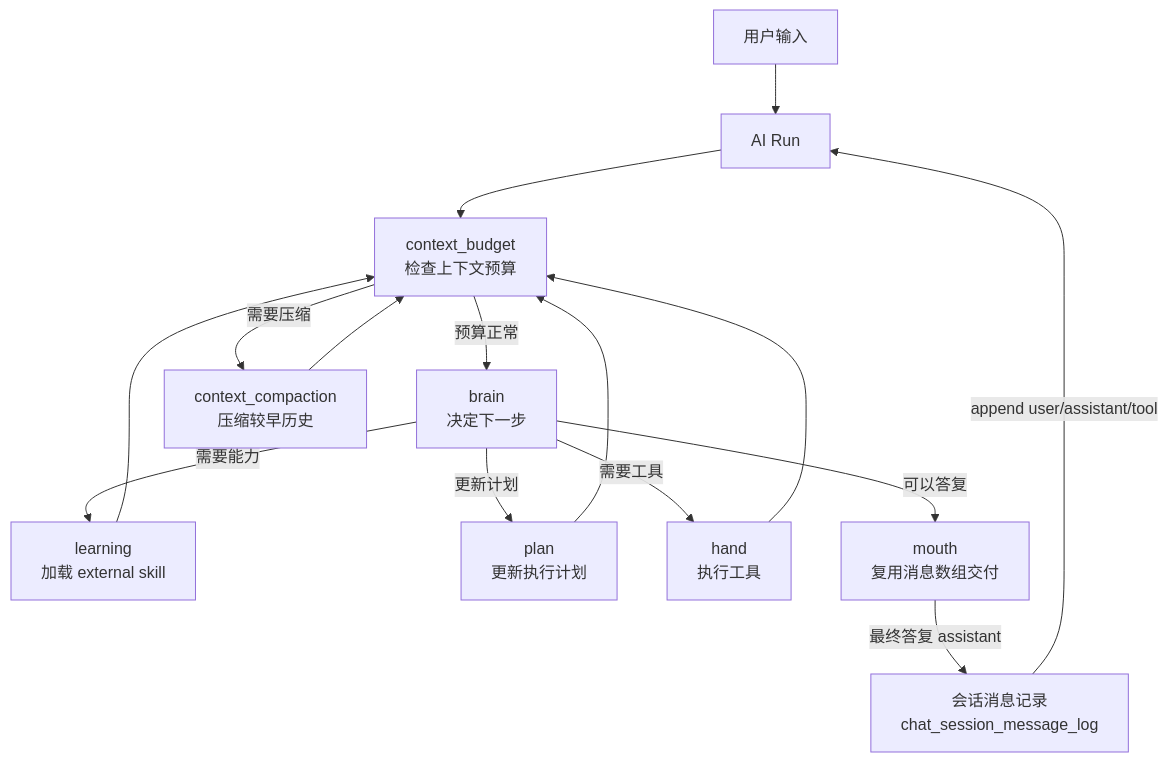
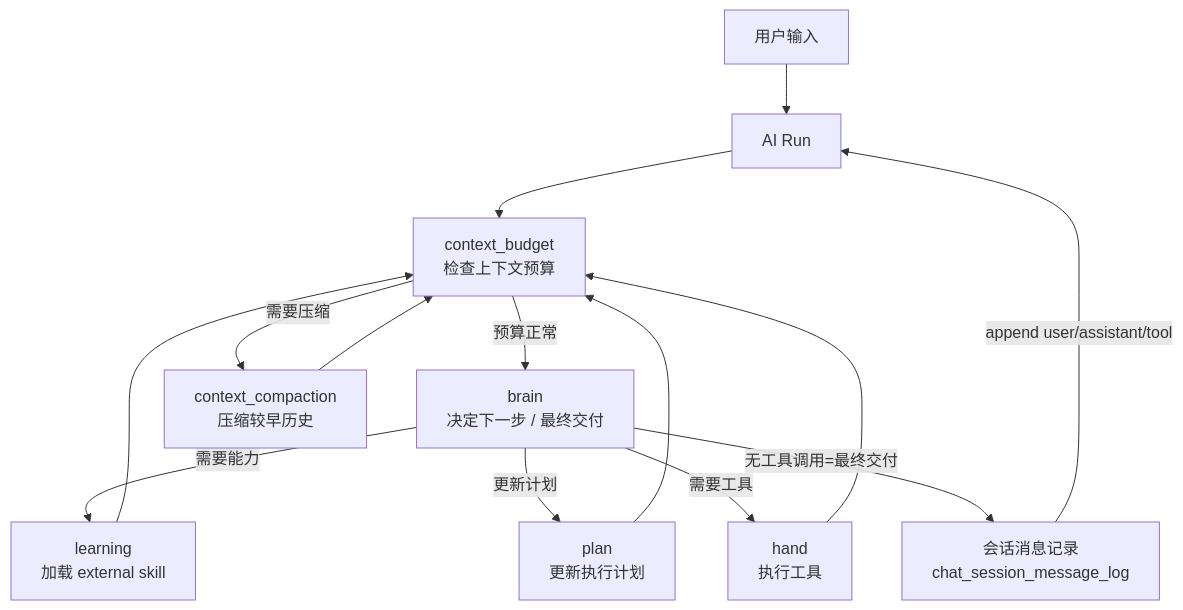
Before and after one commit to Yoan98/Ncurator: the diagram in doc/architecture.md, drawn with Mermaid. The commit also changed other lines of this file and 93 other files, not shown here.

````diff
--- a/doc/architecture.md
+++ b/doc/architecture.md
@@ -98,28 +98,26 @@
 ```mermaid
 flowchart TD
     U["用户输入"]
     T["会话消息记录\nchat_session_message_log"]
     R["AI Run"]
     B["context_budget\n检查上下文预算"]
-    C["brain\n决定下一步"]
+    C["brain\n决定下一步 / 最终交付"]
     L["learning\n加载 external skill"]
     D["plan\n更新执行计划"]
     H["hand\n执行工具"]
-    M["mouth\n复用消息数组交付"]
     P["context_compaction\n压缩较早历史"]
 
     U --> R
     T -->|append user/assistant/tool| R
     R --> B
     B -->|预算正常| C
     B -->|需要压缩| P
     P --> B
     C -->|需要能力| L
     C -->|更新计划| D
     C -->|需要工具| H
-    C -->|可以答复| M
+    C -->|无工具调用=最终交付| T
     L --> B
     D --> B
     H --> B
-    M -->|最终答复 assistant| T
 ```
````
